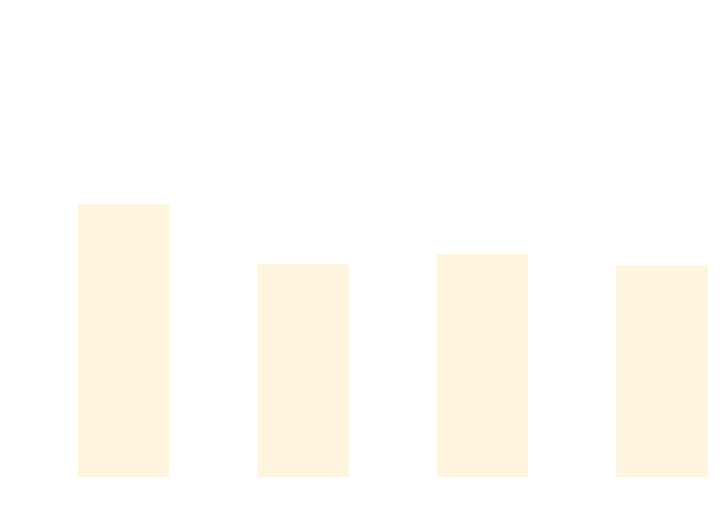
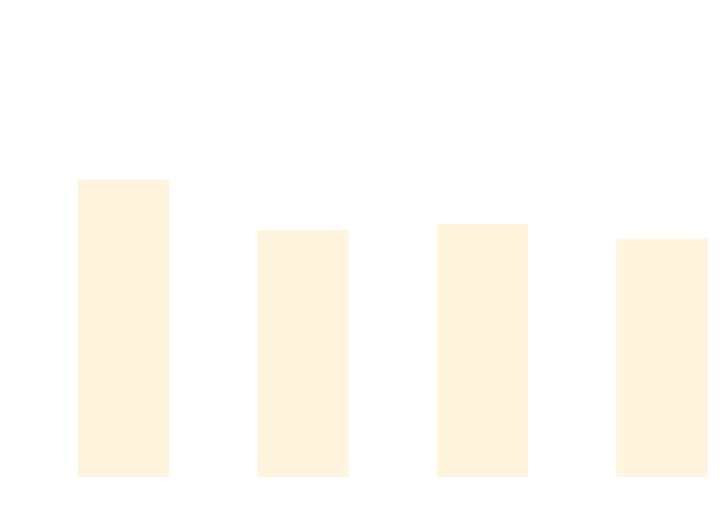
The diagram in docs/docs/benchmarks/BuildTime.md (thomhurst/TUnit), drawn with Mermaid before and after one commit. The commit also changed other lines of this file and 17 other files, not shown here.

````diff
--- a/docs/docs/benchmarks/BuildTime.md
+++ b/docs/docs/benchmarks/BuildTime.md
@@ -28,37 +28,37 @@
 ```mermaid
 %%{init: {
   'theme':'base',
   'themeVariables': {
     'primaryColor': '#2563eb',
     'primaryTextColor': '#ffffff',
     'primaryBorderColor': '#1e40af',
     'lineColor': '#6b7280',
     'secondaryColor': '#7c3aed',
     'tertiaryColor': '#dc2626',
     'background': '#ffffff',
     'mainBkg': '#2563eb',
     'secondBkg': '#7c3aed',
     'tertiaryBkg': '#dc2626',
     'clusterBkg': '#f3f4f6',
     'edgeLabelBackground': '#ffffff',
     'tertiaryTextColor': '#1f2937',
     'pie1': '#2563eb',
     'pie2': '#7c3aed',
     'pie3': '#dc2626',
     'pie4': '#f59e0b',
     'pie5': '#10b981',
     'pie6': '#06b6d4',
     'pie7': '#ec4899',
     'pie8': '#6366f1',
     'pie9': '#84cc16',
     'pie10': '#f97316',
     'pie11': '#14b8a6',
     'pie12': '#a855f7'
   }
 }}%%
 xychart-beta
   title "Build Time Comparison"
   x-axis ["Build_TUnit", "Build_NUnit", "Build_MSTest", "Build_xUnit3"]
   y-axis "Time (s)" 0 --> 3
-  bar [1.95, 1.511, 1.584, 1.503]
+  bar [2.135, 1.761, 1.808, 1.697]
 ```
````
